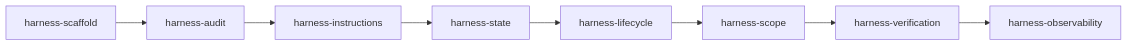
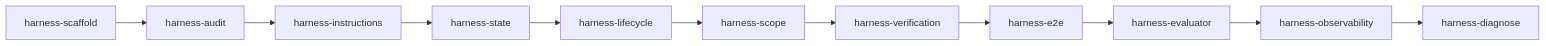
One commit to solanodz/harness-engineering-skills changed the second of 2 diagrams in README.md. Above: the diagram before and after it, drawn with Mermaid. The commit also changed other lines of this file and 10 other files, not shown here.

First line of the commit message:
Add harness-evaluator, harness-diagnose, and harness-e2e skills

````diff
--- a/README.md
+++ b/README.md
@@ -116,10 +119,13 @@
 ```mermaid
 flowchart LR
     A[harness-scaffold] --> B[harness-audit]
     B --> C[harness-instructions]
     C --> D[harness-state]
     D --> E[harness-lifecycle]
     E --> F[harness-scope]
     F --> G[harness-verification]
-    G --> H[harness-observability]
+    G --> H[harness-e2e]
+    H --> I[harness-evaluator]
+    I --> J[harness-observability]
+    J --> K[harness-diagnose]
 ```
````
